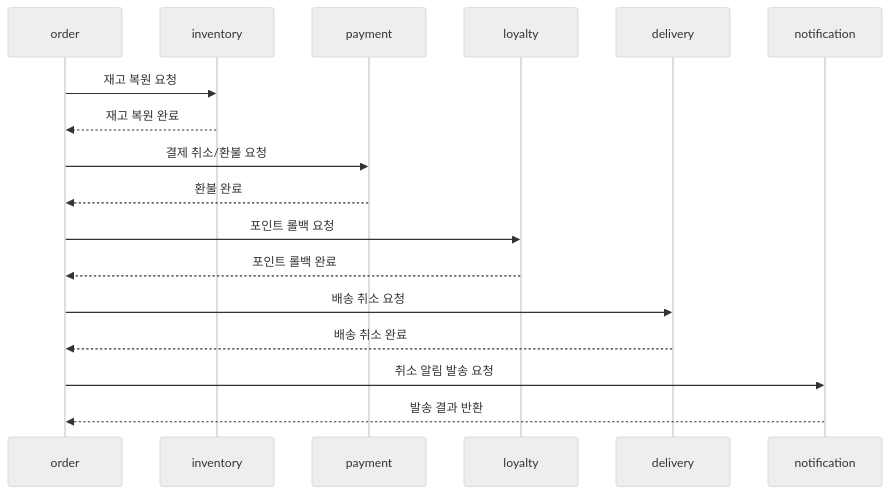
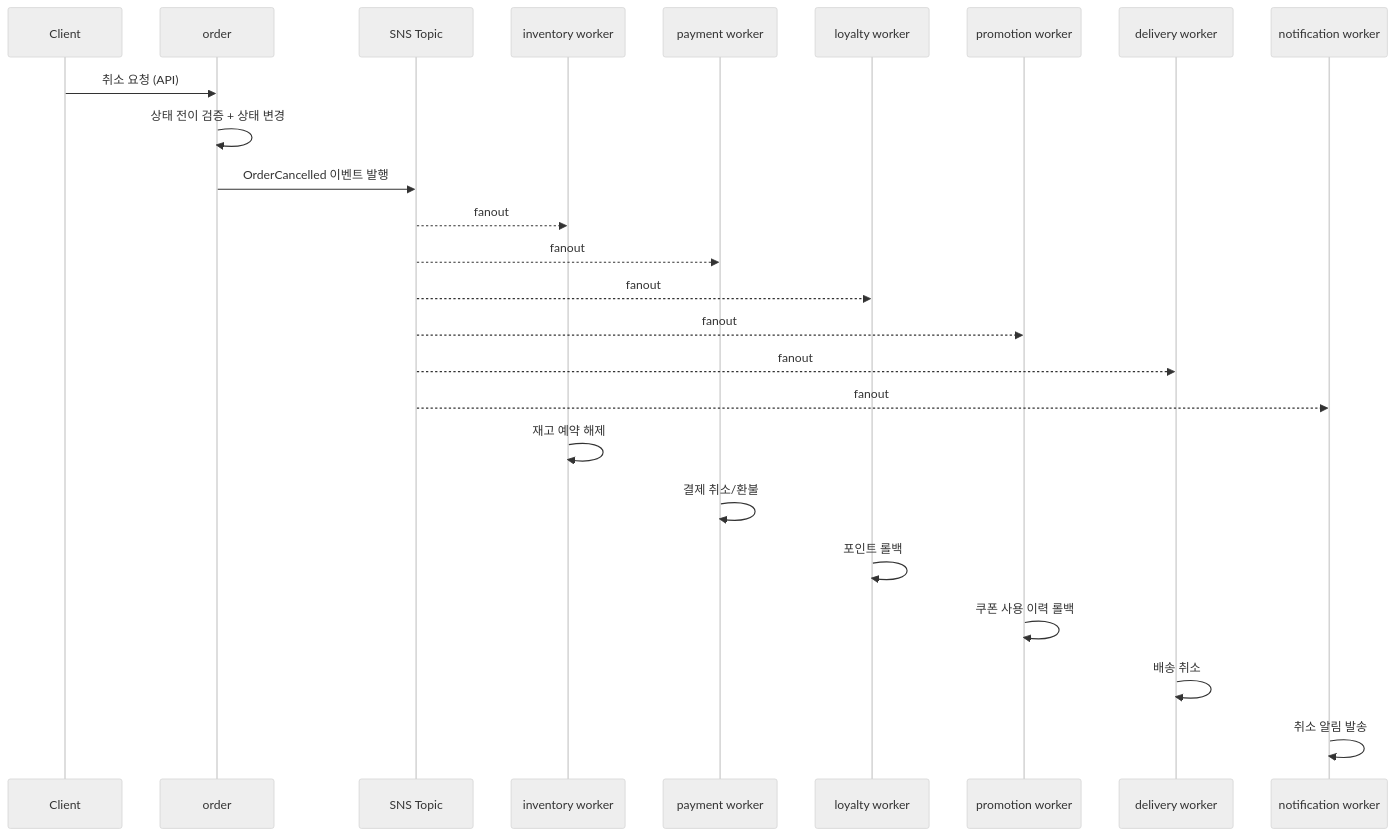
One commit to p-iknow/fullstack-forge changed the third of 3 diagrams in docs/01-prd/05-order/01-overview.md. Above: the diagram before and after it, drawn with Mermaid (neutral theme). The commit also changed other lines of this file and 61 other files, not shown here.

````diff
--- a/docs/01-prd/05-order/01-overview.md
+++ b/docs/01-prd/05-order/01-overview.md
@@ -104,20 +218,28 @@
 ```mermaid
 sequenceDiagram
+    participant Client
     participant Order as order
-    participant Inventory as inventory
-    participant Payment as payment
-    participant Loyalty as loyalty
-    participant Delivery as delivery
-    participant Notification as notification
+    participant SNS as SNS Topic
+    participant Inventory as inventory worker
+    participant Payment as payment worker
+    participant Loyalty as loyalty worker
+    participant Promotion as promotion worker
+    participant Delivery as delivery worker
+    participant Notification as notification worker
 
-    Order->>Inventory: 재고 복원 요청
-    Inventory-->>Order: 재고 복원 완료
-    Order->>Payment: 결제 취소/환불 요청
-    Payment-->>Order: 환불 완료
-    Order->>Loyalty: 포인트 롤백 요청
-    Loyalty-->>Order: 포인트 롤백 완료
-    Order->>Delivery: 배송 취소 요청
-    Delivery-->>Order: 배송 취소 완료
-    Order->>Notification: 취소 알림 발송 요청
-    Notification-->>Order: 발송 결과 반환
+    Client->>Order: 취소 요청 (API)
+    Order->>Order: 상태 전이 검증 + 상태 변경
+    Order->>SNS: OrderCancelled 이벤트 발행
+    SNS-->>Inventory: fanout
+    SNS-->>Payment: fanout
+    SNS-->>Loyalty: fanout
+    SNS-->>Promotion: fanout
+    SNS-->>Delivery: fanout
+    SNS-->>Notification: fanout
+    Inventory->>Inventory: 재고 예약 해제
+    Payment->>Payment: 결제 취소/환불
+    Loyalty->>Loyalty: 포인트 롤백
+    Promotion->>Promotion: 쿠폰 사용 이력 롤백
+    Delivery->>Delivery: 배송 취소
+    Notification->>Notification: 취소 알림 발송
 ```
````
